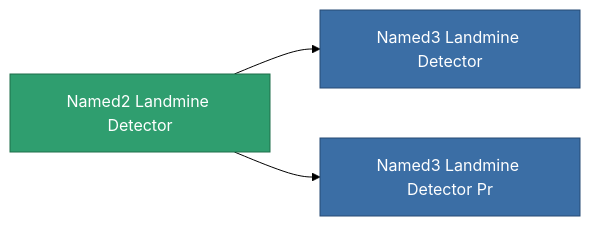
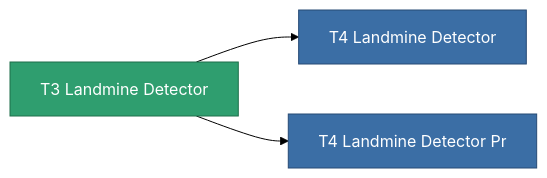
The diagram in content/content/items/named2_landmine_detector.md (OpenPerpetuum/Wiki), drawn with Mermaid (forest theme) before and after one commit. The commit also changed other lines of this file and 4904 other files, not shown here.

````diff
--- a/content/content/items/named2_landmine_detector.md
+++ b/content/content/items/named2_landmine_detector.md
@@ -64,13 +48,13 @@
 ```mermaid
 graph LR
-    a["Named2 Landmine Detector"]:::current
-    b["Named3 Landmine Detector"]:::prod
+    a["T3 Landmine Detector"]:::current
+    b["T4 Landmine Detector"]:::prod
     a --> b
-    click b "/content/items/named3-landmine-detector/" "Named3 Landmine Detector"
-    c["Named3 Landmine Detector Pr"]:::prod
+    click b "/content/items/named3-landmine-detector/" "T4 Landmine Detector"
+    c["T4 Landmine Detector Pr"]:::prod
     a --> c
-    click c "/content/items/named3-landmine-detector-pr/" "Named3 Landmine Detector Pr"
+    click c "/content/items/named3-landmine-detector-pr/" "T4 Landmine Detector Pr"
     classDef current fill:#2f9e6f,stroke:#1f6f4a,color:#ffffff
     classDef prod fill:#3b6ea5,stroke:#274a75,color:#ffffff
     classDef more fill:#39445a,stroke:#54658a,color:#d5dbe8
 ```
````
